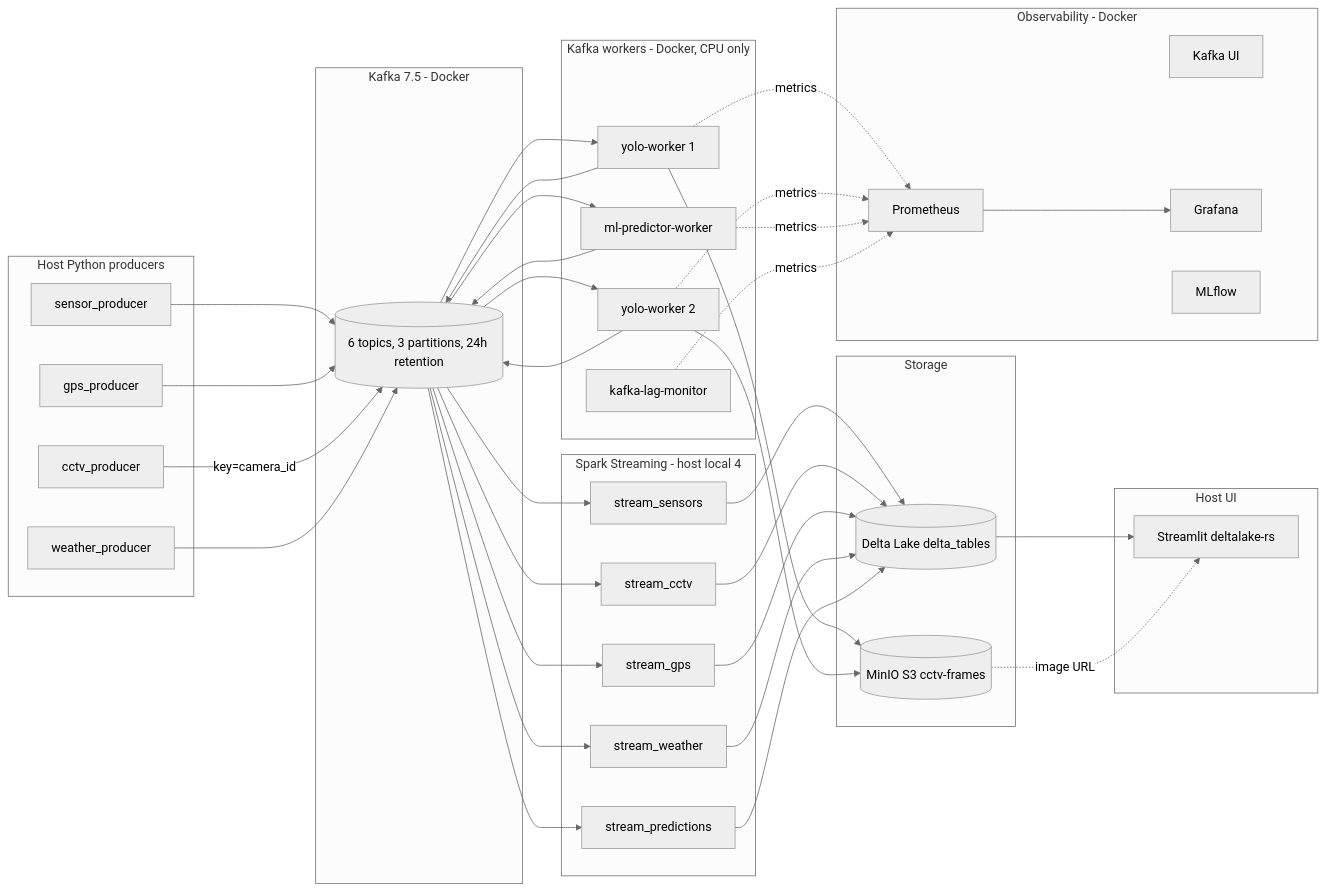
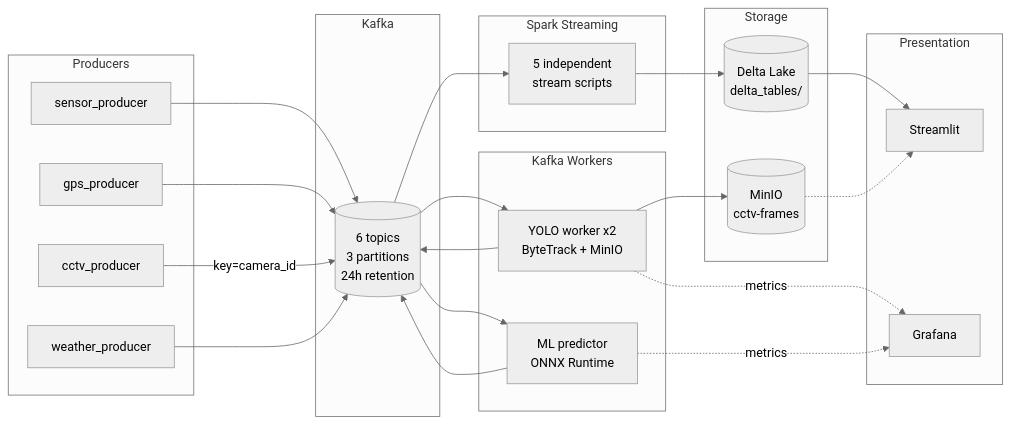
Before and after one commit to chirag-7/Smart-Traffic-Urban-Traffic-Intelligence: the diagram in README.md, drawn with Mermaid (neutral theme). The commit also changed other lines of this file and 20 other files, not shown here.

````diff
--- a/README.md
+++ b/README.md
@@ -53,78 +50,48 @@
 ```mermaid
 flowchart LR
-  subgraph hostProducers [Host Python producers]
+  subgraph producers [Producers]
     P1[sensor_producer]
     P2[gps_producer]
     P3[cctv_producer]
     P4[weather_producer]
   end
 
-  subgraph dockerBus [Kafka 7.5 - Docker]
-    K[("6 topics, 3 partitions, 24h retention")]
+  subgraph kafka [Kafka]
+    K[("6 topics<br/>3 partitions<br/>24h retention")]
   end
 
-  subgraph dockerWorkers [Kafka workers - Docker, CPU only]
-    YW1[yolo-worker 1]
-    YW2[yolo-worker 2]
-    MW[ml-predictor-worker]
-    LM[kafka-lag-monitor]
+  subgraph workers [Kafka Workers]
+    YW["YOLO worker x2<br/>ByteTrack + MinIO"]
+    MW["ML predictor<br/>ONNX Runtime"]
   end
 
   subgraph storage [Storage]
-    MIO[("MinIO S3 cctv-frames")]
-    DELTA[("Delta Lake delta_tables")]
+    MIO[("MinIO<br/>cctv-frames")]
+    DL[("Delta Lake<br/>delta_tables/")]
   end
 
-  subgraph hostStream [Spark Streaming - host local 4]
-    S1[stream_sensors]
-    S2[stream_cctv]
-    S3[stream_gps]
-    S4[stream_weather]
-    S5[stream_predictions]
+  subgraph spark [Spark Streaming]
+    SS["5 independent<br/>stream scripts"]
   end
 
-  subgraph hostUI [Host UI]
-    UI["Streamlit deltalake-rs"]
-  end
-
-  subgraph obs [Observability - Docker]
-    KU[Kafka UI]
-    PROM[Prometheus]
-    GRAF[Grafana]
-    MLF[MLflow]
+  subgraph viz [Presentation]
+    UI["Streamlit"]
+    GF["Grafana"]
   end
 
   P1 --> K
   P2 --> K
-  P3 -->|key=camera_id| K
+  P3 -->|"key=camera_id"| K
   P4 --> K
-
-  K --> YW1
-  K --> YW2
+  K --> YW
   K --> MW
-  YW1 --> MIO
-  YW2 --> MIO
-  YW1 --> K
-  YW2 --> K
+  YW --> MIO
+  YW --> K
   MW --> K
-
-  K --> S1
-  K --> S2
-  K --> S3
-  K --> S4
-  K --> S5
-  S1 --> DELTA
-  S2 --> DELTA
-  S3 --> DELTA
-  S4 --> DELTA
-  S5 --> DELTA
-
-  DELTA --> UI
-  MIO -.image URL.-> UI
-
-  YW1 -.metrics.-> PROM
-  YW2 -.metrics.-> PROM
-  MW -.metrics.-> PROM
-  LM -.metrics.-> PROM
-  PROM --> GRAF
+  K --> SS
+  SS --> DL
+  DL --> UI
+  MIO -.-> UI
+  YW -.metrics.-> GF
+  MW -.metrics.-> GF
 ```
````
